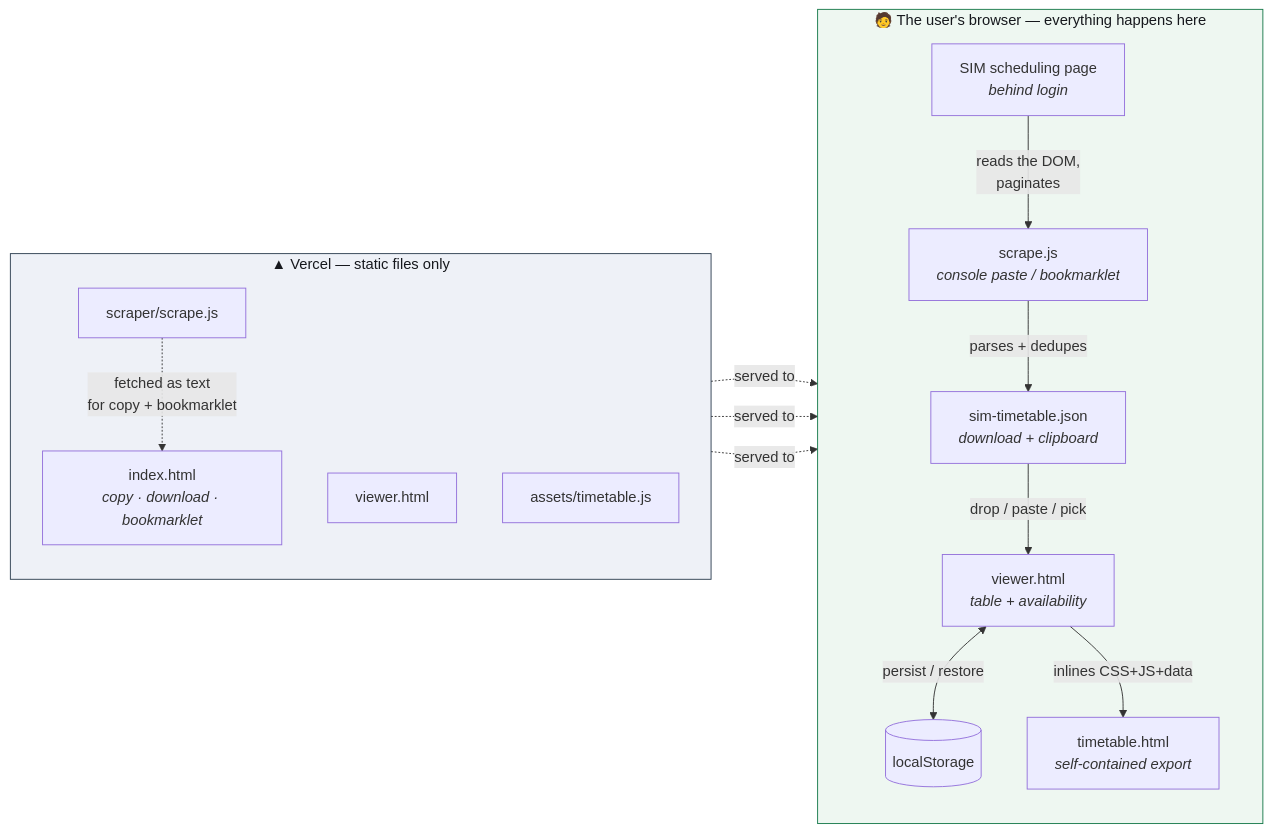
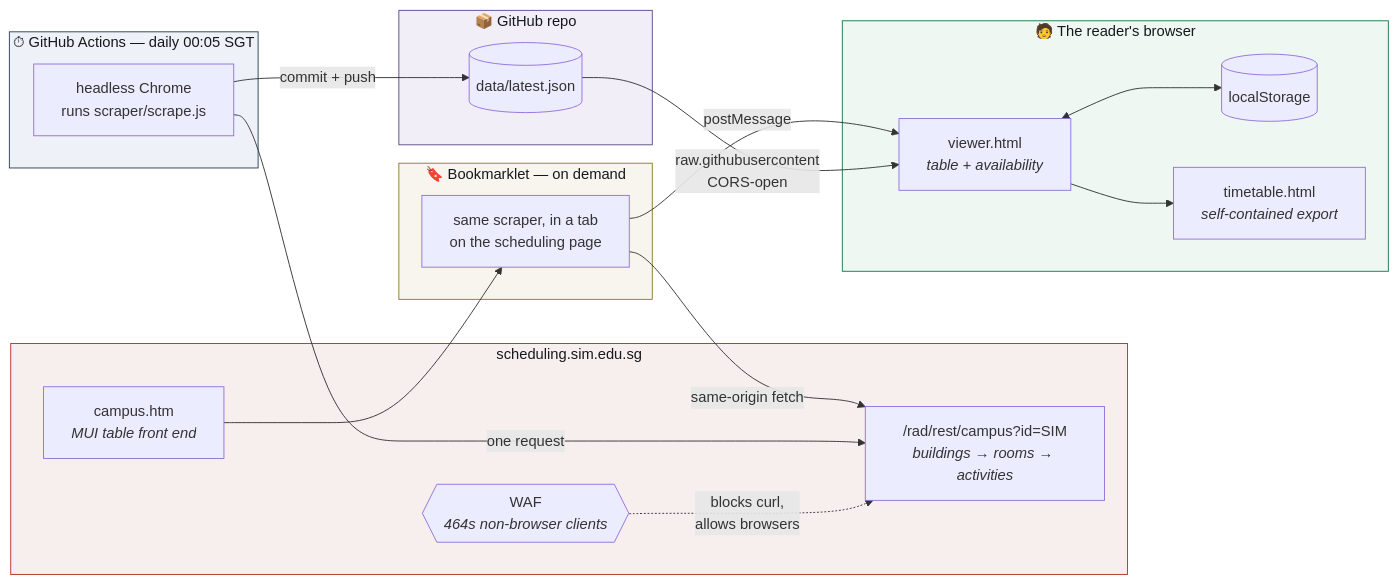
One commit to Cetus024/sim-timetable changed the diagram in ARCHITECTURE.md. Above: the diagram before and after it, drawn with Mermaid. The commit also changed other lines of this file and 3 other files, not shown here.

````diff
--- a/ARCHITECTURE.md
+++ b/ARCHITECTURE.md
@@ -19,34 +18,42 @@
 ```mermaid
 flowchart LR
-    subgraph browser["🧑 The user's browser — everything happens here"]
-        direction TB
-        SIM["SIM scheduling page<br/><i>behind login</i>"]
-        SCR["scrape.js<br/><i>console paste / bookmarklet</i>"]
-        JSON["sim-timetable.json<br/><i>download + clipboard</i>"]
+    subgraph sim["scheduling.sim.edu.sg"]
+        API["/rad/rest/campus?id=SIM<br/><i>buildings → rooms → activities</i>"]
+        PAGE["campus.htm<br/><i>MUI table front end</i>"]
+        WAF{{"WAF<br/><i>464s non-browser clients</i>"}}
+    end
+
+    subgraph gha["⏱ GitHub Actions — daily 00:05 SGT"]
+        CI["headless Chrome<br/>runs scraper/scrape.js"]
+    end
+
+    subgraph repo["📦 GitHub repo"]
+        DATA[("data/latest.json")]
+    end
+
+    subgraph browser["🧑 The reader's browser"]
         VIEW["viewer.html<br/><i>table + availability</i>"]
         LS[("localStorage")]
         EXP["timetable.html<br/><i>self-contained export</i>"]
-
-        SIM -->|"reads the DOM,<br/>paginates"| SCR
-        SCR -->|"parses + dedupes"| JSON
-        JSON -->|"drop / paste / pick"| VIEW
-        VIEW <-->|"persist / restore"| LS
-        VIEW -->|"inlines CSS+JS+data"| EXP
     end
 
-    subgraph vercel["▲ Vercel — static files only"]
-        direction TB
-        IDX["index.html<br/><i>copy · download · bookmarklet</i>"]
-        VH["viewer.html"]
-        TJS["assets/timetable.js"]
-        SJS["scraper/scrape.js"]
+    subgraph mark["🔖 Bookmarklet — on demand"]
+        BM["same scraper, in a tab<br/>on the scheduling page"]
     end
 
-    IDX -.->|"served to"| SCR
-    VH -.->|"served to"| VIEW
-    TJS -.->|"served to"| VIEW
-    SJS -.->|"fetched as text<br/>for copy + bookmarklet"| IDX
+    WAF -.->|"blocks curl,<br/>allows browsers"| API
+    CI -->|"one request"| API
+    CI -->|"commit + push"| DATA
+    DATA -->|"raw.githubusercontent<br/>CORS-open"| VIEW
+    PAGE --> BM
+    BM -->|"same-origin fetch"| API
+    BM -->|"postMessage"| VIEW
+    VIEW <--> LS
+    VIEW --> EXP
 
+    style sim fill:#f7eeee,stroke:#b53225,color:#16181d
+    style gha fill:#eef1f7,stroke:#2c3e50,color:#16181d
+    style repo fill:#f2eef7,stroke:#5b4b8a,color:#16181d
     style browser fill:#eef7f1,stroke:#16794a,color:#16181d
-    style vercel fill:#eef1f7,stroke:#2c3e50,color:#16181d
+    style mark fill:#f7f5ee,stroke:#8a7a2c,color:#16181d
 ```
````
